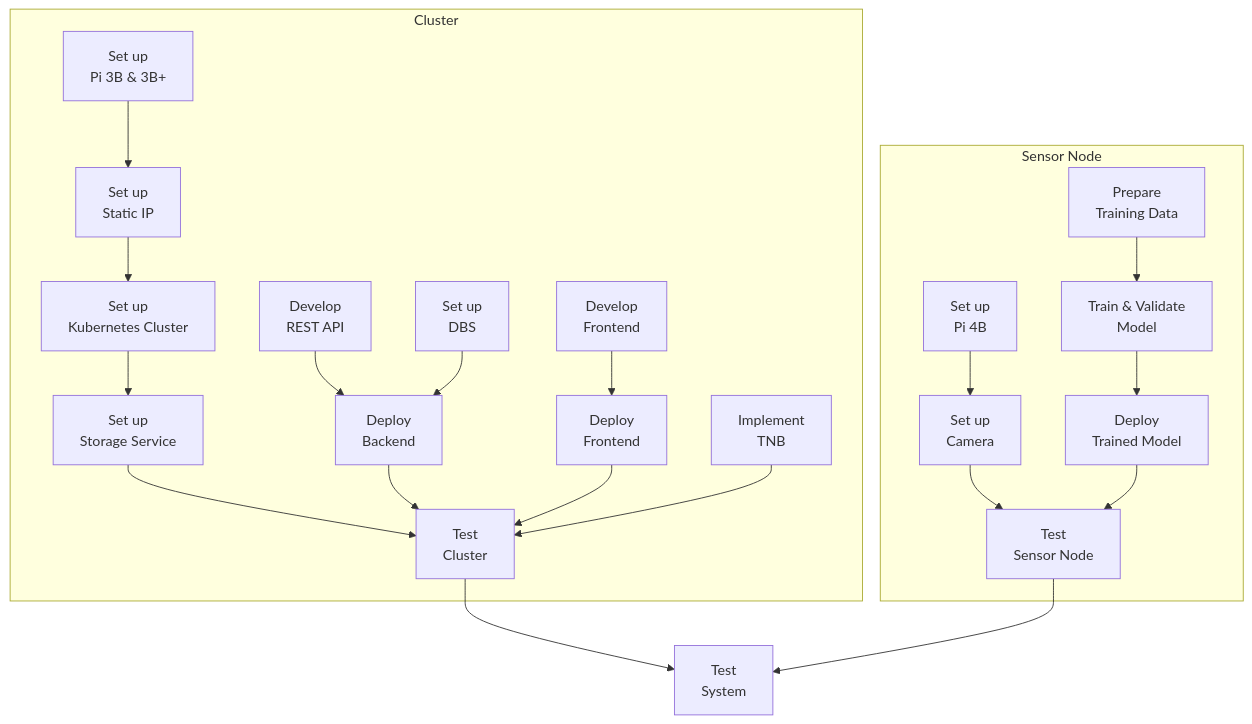
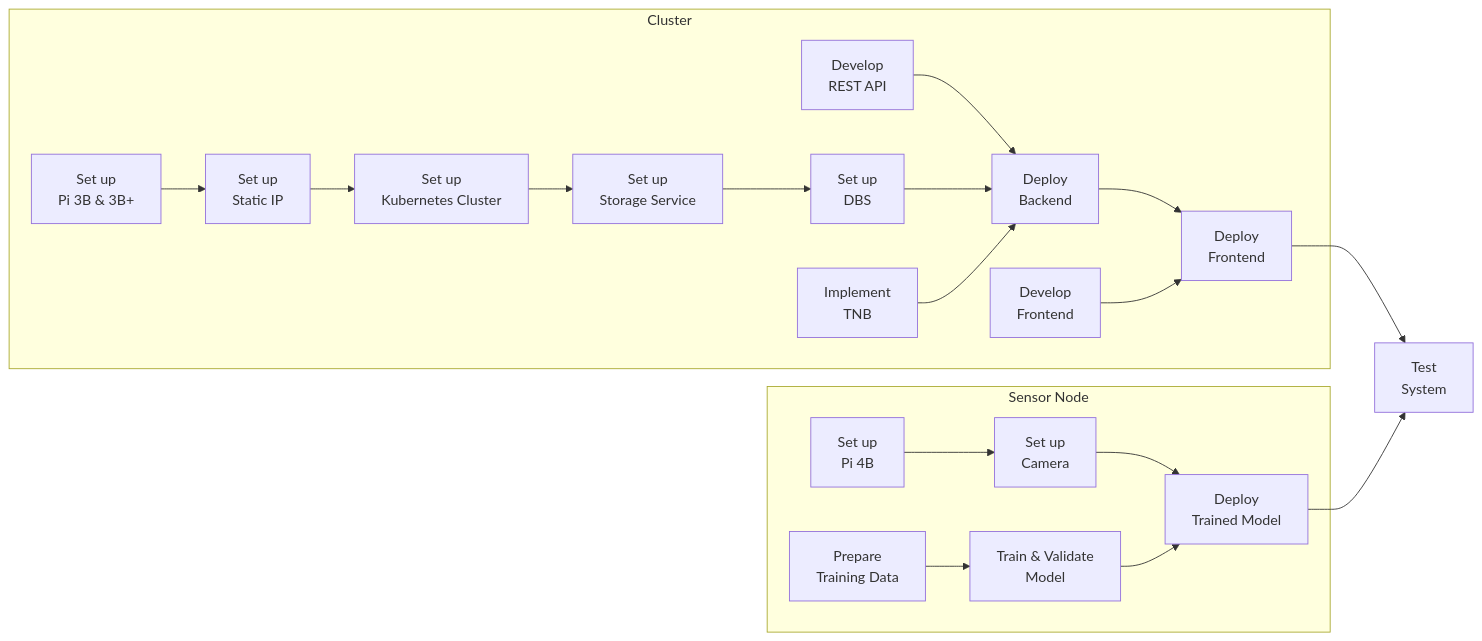
Before and after one commit to ccfrauasgr2/pet-detection: the third of 3 diagrams in docs/Group_2_SS23_ProjectReport.md, drawn with Mermaid.

Commit message:
edit project plan

````diff
--- a/docs/Group_2_SS23_ProjectReport.md
+++ b/docs/Group_2_SS23_ProjectReport.md
@@ -142,48 +142,45 @@
 ```mermaid
-flowchart TD
+flowchart LR
     
     subgraph Sensor Node
     id11[Set up\nPi 4B]
     id12[Set up\nCamera]
     id13[Prepare\nTraining Data]
     id14[Train & Validate\nModel]
     id15[Deploy\nTrained Model]
-    id16[Test\nSensor Node]
     
-    id11 --> id12
+    id11 --> id12 --> id15
     id13 --> id14 --> id15
-    id12 & id15 --> id16
+    
     end
         
     subgraph Cluster
     id21[Set up\nPi 3B & 3B+]
     id22[Set up\nStatic IP]
     id23[Set up\nKubernetes Cluster]
     id24[Set up\nStorage Service]
     id25[Develop\nREST API]
     id26[Deploy\nBackend]
     id27[Set up\nDBS]
     
 
-    id21 --> id22 --> id23 --> id24
-    id25 & id27 --> id26
+    id21 --> id22 --> id23 --> id24 --> id27
+    id25 & id27 & id33 --> id26
         
     id31[Develop\nFrontend]
     id32[Deploy\nFrontend]
     id33[Implement\nTNB]
 
-    id31 --> id32
-
-    id41[Test\nCluster]
+    id26 & id31 --> id32
     end
 
     
     id51[Test\nSystem]
 
-    id24  & id26 & id32 & id33 --> id41
-    id41 & id16 --> id51
+    id32 & id15 --> id51
+    
     
 
    
 
 ```
````
